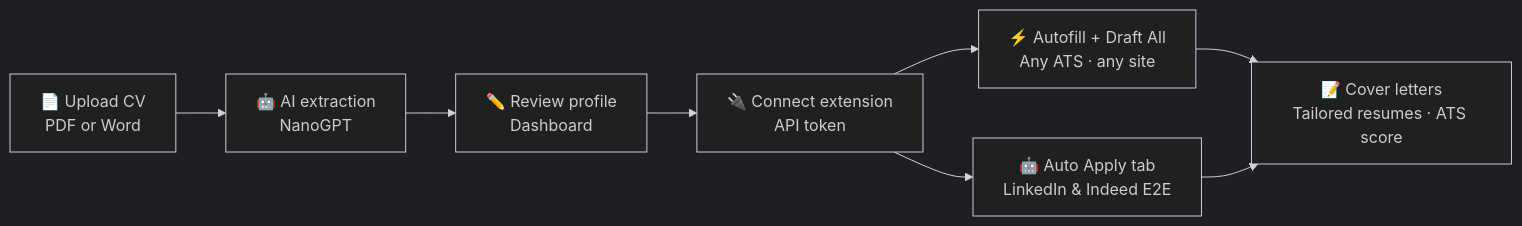
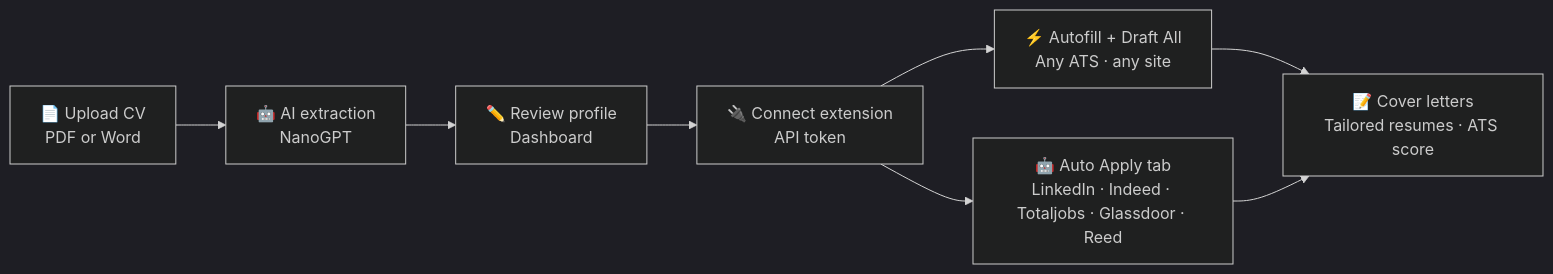
One commit to tmwclaxton/autoapplycv changed the first of 5 diagrams in README.md. Above: the diagram before and after it, drawn with Mermaid (dark theme). The commit also changed other lines of this file and 1449 other files, not shown here.

First line of the commit message:
Add SimplyHired and CV-Library Auto Apply, expand form corpus, and improve Draft All fill.

````diff
--- a/README.md
+++ b/README.md
@@ -151,10 +152,10 @@
 ```mermaid
 flowchart LR
     A["📄 Upload CV<br/>PDF or Word"] --> B["🤖 AI extraction<br/>NanoGPT"]
     B --> C["✏️ Review profile<br/>Dashboard"]
     C --> D["🔌 Connect extension<br/>API token"]
     D --> E["⚡ Autofill + Draft All<br/>Any ATS · any site"]
-    D --> L["🤖 Auto Apply tab<br/>LinkedIn & Indeed E2E"]
+    D --> L["🤖 Auto Apply tab<br/>LinkedIn · Indeed · Totaljobs · Glassdoor · Reed"]
     E --> F["📝 Cover letters<br/>Tailored resumes · ATS score"]
     L --> F
 ```
````
